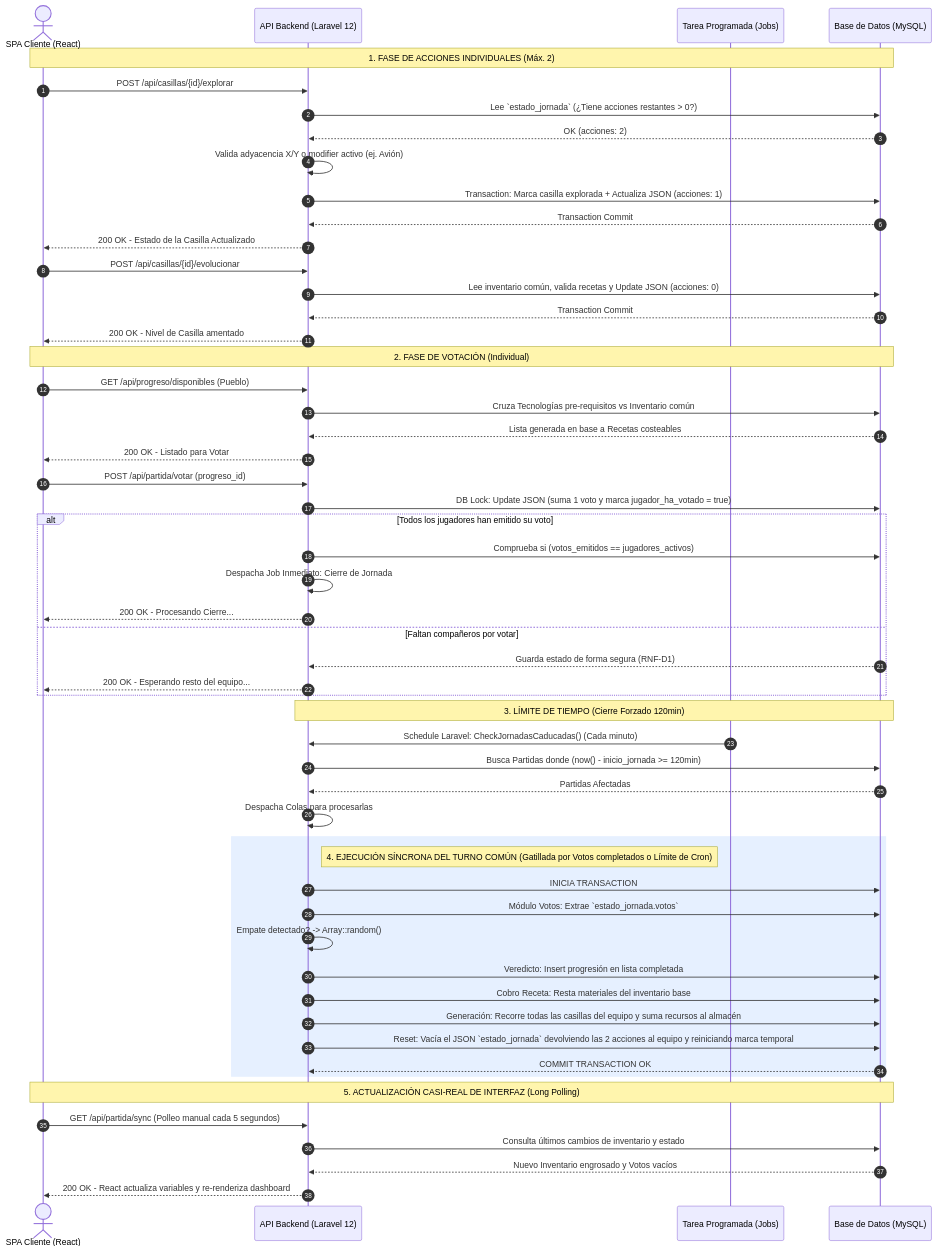
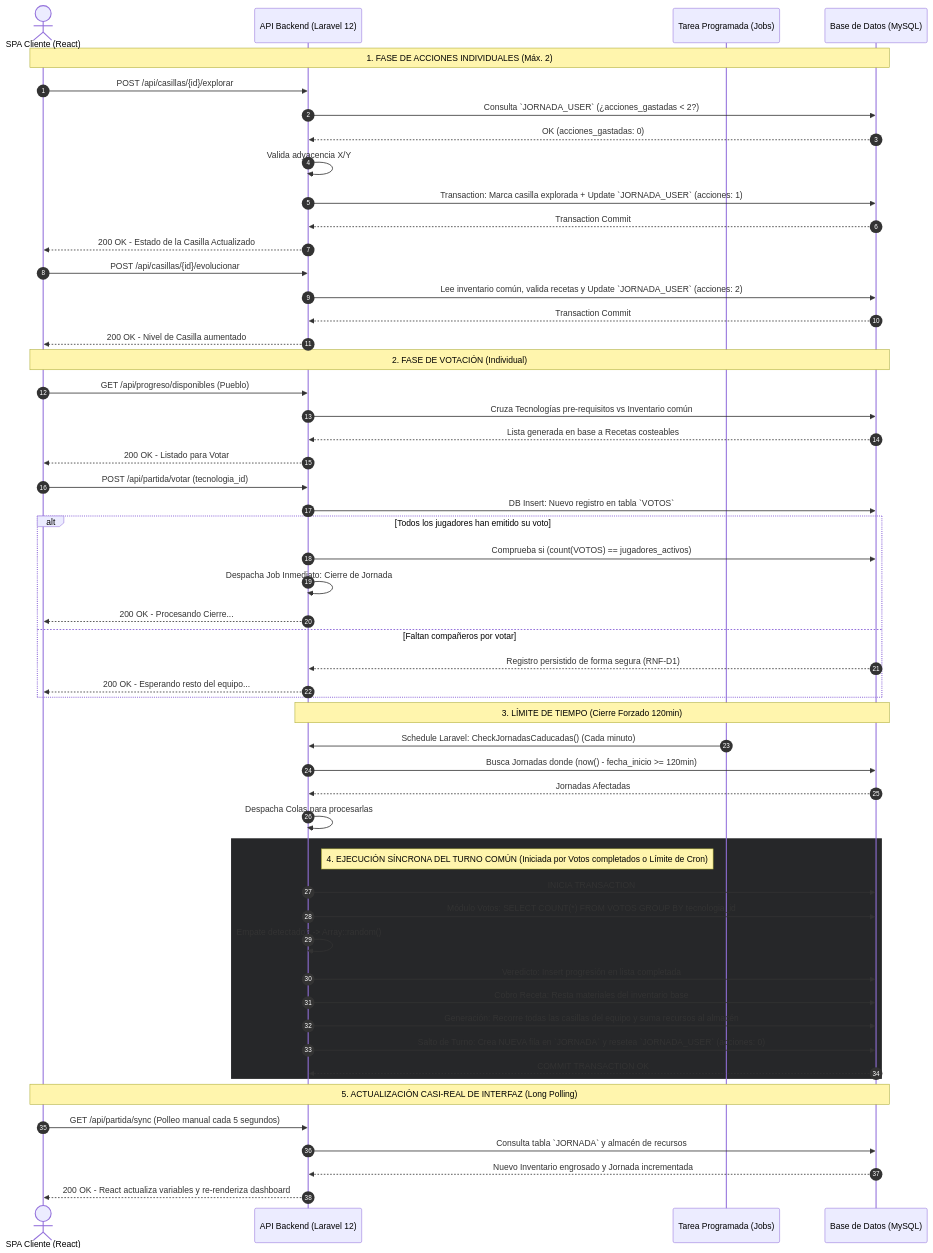
One commit to Michelle-Sebi/Bressolium changed the diagram in Bressolium/Documentacion/diagramas/diagrama_secuencia.md. Above: the diagram before and after it, drawn with Mermaid. The commit also changed other lines of this file and 22 other files, not shown here.

````diff
--- a/Bressolium/Documentacion/diagramas/diagrama_secuencia.md
+++ b/Bressolium/Documentacion/diagramas/diagrama_secuencia.md
@@ -7,66 +7,66 @@
 ```mermaid
 sequenceDiagram
     autonumber
     actor Jugador as SPA Cliente (React)
     participant API as API Backend (Laravel 12)
     participant Cron as Tarea Programada (Jobs)
     participant DB as Base de Datos (MySQL)
 
     note over Jugador, DB: 1. FASE DE ACCIONES INDIVIDUALES (Máx. 2)
     
     Jugador->>API: POST /api/casillas/{id}/explorar
-    API->>DB: Lee `estado_jornada` (¿Tiene acciones restantes > 0?)
-    DB-->>API: OK (acciones: 2)
-    API->>API: Valida adyacencia X/Y o modifier activo (ej. Avión)
-    API->>DB: Transaction: Marca casilla explorada + Actualiza JSON (acciones: 1)
+    API->>DB: Consulta `JORNADA_USER` (¿acciones_gastadas < 2?)
+    DB-->>API: OK (acciones_gastadas: 0)
+    API->>API: Valida adyacencia X/Y
+    API->>DB: Transaction: Marca casilla explorada + Update `JORNADA_USER` (acciones: 1)
     DB-->>API: Transaction Commit
     API-->>Jugador: 200 OK - Estado de la Casilla Actualizado
 
     Jugador->>API: POST /api/casillas/{id}/evolucionar
-    API->>DB: Lee inventario común, valida recetas y Update JSON (acciones: 0)
+    API->>DB: Lee inventario común, valida recetas y Update `JORNADA_USER` (acciones: 2)
     DB-->>API: Transaction Commit
-    API-->>Jugador: 200 OK - Nivel de Casilla amentado
+    API-->>Jugador: 200 OK - Nivel de Casilla aumentado
 
     note over Jugador, DB: 2. FASE DE VOTACIÓN (Individual)
     
     Jugador->>API: GET /api/progreso/disponibles (Pueblo)
     API->>DB: Cruza Tecnologías pre-requisitos vs Inventario común
     DB-->>API: Lista generada en base a Recetas costeables
     API-->>Jugador: 200 OK - Listado para Votar
     
-    Jugador->>API: POST /api/partida/votar (progreso_id)
-    API->>DB: DB Lock: Update JSON (suma 1 voto y marca jugador_ha_votado = true)
+    Jugador->>API: POST /api/partida/votar (tecnologia_id)
+    API->>DB: DB Insert: Nuevo registro en tabla `VOTOS`
     
     alt Todos los jugadores han emitido su voto
-        API->>DB: Comprueba si (votos_emitidos == jugadores_activos)
+        API->>DB: Comprueba si (count(VOTOS) == jugadores_activos)
         API->>API: Despacha Job Inmediato: Cierre de Jornada
         API-->>Jugador: 200 OK - Procesando Cierre...
     else Faltan compañeros por votar
-        DB-->>API: Guarda estado de forma segura (RNF-D1)
+        DB-->>API: Registro persistido de forma segura (RNF-D1)
         API-->>Jugador: 200 OK - Esperando resto del equipo...
     end
 
     note over API, DB: 3. LÍMITE DE TIEMPO (Cierre Forzado 120min)
     Cron->>API: Schedule Laravel: CheckJornadasCaducadas() (Cada minuto)
-    API->>DB: Busca Partidas donde (now() - inicio_jornada >= 120min)
-    DB-->>API: Partidas Afectadas
+    API->>DB: Busca Jornadas donde (now() - fecha_inicio >= 120min)
+    DB-->>API: Jornadas Afectadas
     API->>API: Despacha Colas para procesarlas
     
-    rect rgb(230, 240, 255)
-    note right of API: 4. EJECUCIÓN SÍNCRONA DEL TURNO COMÚN (Gatillada por Votos completados o Límite de Cron)
+    rect rgba(38, 39, 41, 1)
+    note right of API: 4. EJECUCIÓN SÍNCRONA DEL TURNO COMÚN (Iniciada por Votos completados o Límite de Cron)
     API->>DB: INICIA TRANSACTION
-    API->>DB: Módulo Votos: Extrae `estado_jornada.votos`
+    API->>DB: Módulo Votos: SELECT COUNT(*) FROM VOTOS GROUP BY tecnologia_id
     API->>API: Empate detectado? -> Array::random()
     API->>DB: Veredicto: Insert progresión en lista completada
     API->>DB: Cobro Receta: Resta materiales del inventario base
     API->>DB: Generación: Recorre todas las casillas del equipo y suma recursos al almacén
-    API->>DB: Reset: Vacía el JSON `estado_jornada` devolviendo las 2 acciones al equipo y reiniciando marca temporal
+    API->>DB: Salto de Turno: Crea NUEVA fila en `JORNADA` y resetea `JORNADA_USER` (acciones: 0)
     DB-->>API: COMMIT TRANSACTION OK
     end
 
     note over Jugador, DB: 5. ACTUALIZACIÓN CASI-REAL DE INTERFAZ (Long Polling)
     Jugador->>API: GET /api/partida/sync (Polleo manual cada 5 segundos)
-    API->>DB: Consulta últimos cambios de inventario y estado
-    DB-->>API: Nuevo Inventario engrosado y Votos vacíos
+    API->>DB: Consulta tabla `JORNADA` y almacén de recursos
+    DB-->>API: Nuevo Inventario engrosado y Jornada incrementada
     API-->>Jugador: 200 OK - React actualiza variables y re-renderiza dashboard
 ```
````
